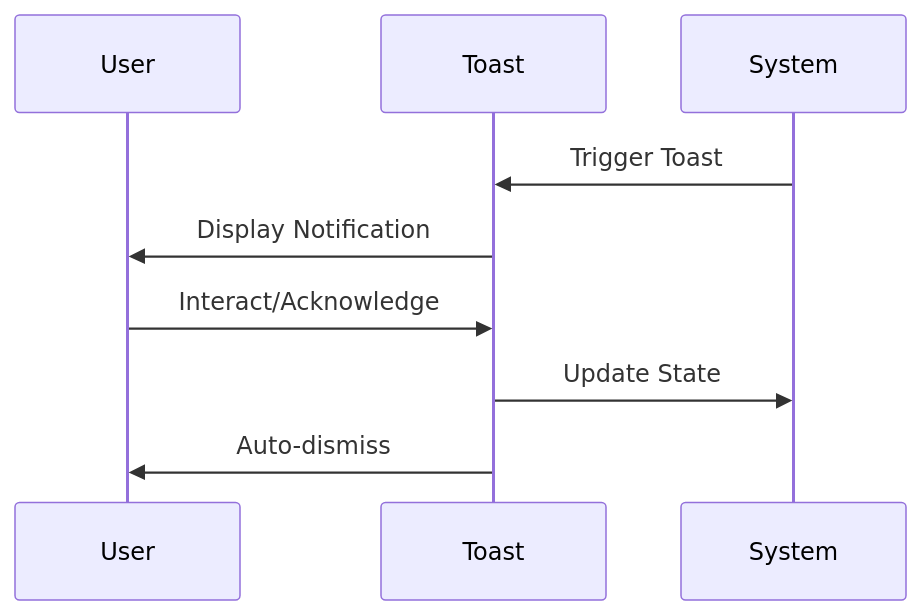
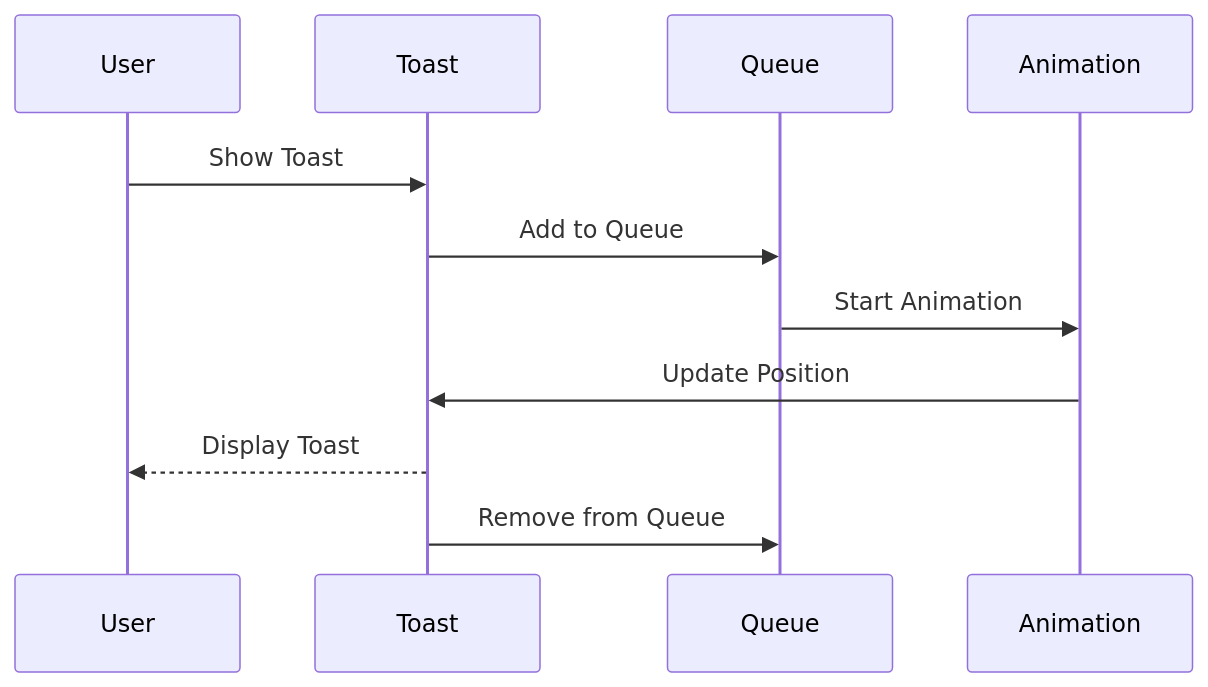
The second of 3 diagrams in DOCS/components/feedback/Toast.md (gedeza/thrive-send), drawn with Mermaid before and after one commit. The commit also changed other lines of this file and 25 other files, not shown here.

````diff
--- a/DOCS/components/feedback/Toast.md
+++ b/DOCS/components/feedback/Toast.md
@@ -27,12 +40,14 @@
 ```mermaid
 sequenceDiagram
     participant U as User
     participant T as Toast
-    participant S as System
+    participant Q as Queue
+    participant A as Animation
     
-    S->>T: Trigger Toast
-    T->>U: Display Notification
-    U->>T: Interact/Acknowledge
-    T->>S: Update State
-    T->>U: Auto-dismiss
+    U->>T: Show Toast
+    T->>Q: Add to Queue
+    Q->>A: Start Animation
+    A->>T: Update Position
+    T-->>U: Display Toast
+    T->>Q: Remove from Queue
 ```
````
